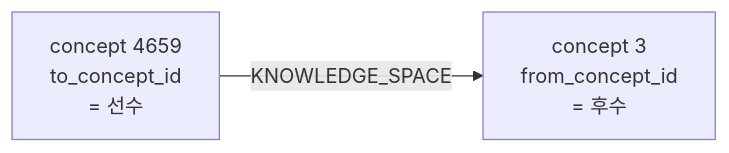
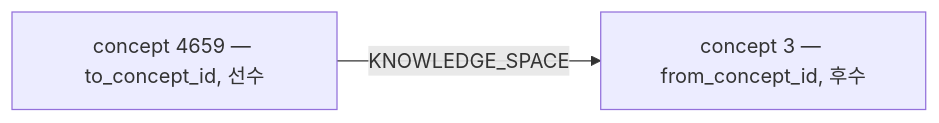
Before and after one commit to data-sy/my-math-teacher: the diagram in docs/specs/m2/spec-01-cte-repository-and-indexes.md, drawn with Mermaid. The commit also changed 1 other file, not shown here.

Commit message:
docs: fix mermaid rendering in m2 docs (github compatibility)
GitHub mermaid 렌더러가 "Could not find a suitable point for the given
distance" 에러로 다이어그램을 그리지 못하던 두 위치 정리.

(1) 마이그레이션 보고서 (docs/reports/m2-cte-migration.md):
- v1/v2 구조를 단일 flowchart + subgraph 두 개 → 두 개의 독립 flowchart
  블록으로 분리. subgraph 간 화살표(V1 ==> V2) 가 dagre 레이아웃 실패의
  주 원인으로 의심됐음.
- 노드 라벨에서 <br/> 제거 — 텍스트 폭 계산 오류 회피, 쉼표·공백으로
  한 줄 라벨화.
- 성능 비교 xychart-beta → ASCII 막대 차트 (█/▏ 블록 문자). 렌더러
  의존성 0, GitHub 마크다운 환경에 안정적.

(2) spec-01 (docs/specs/m2/spec-01-cte-repository-and-indexes.md):
- KNOWLEDGE_SPACE 엣지 의미 trace 다이어그램에서 동일한 <br/> 패턴
  제거. 보고서와 같은 한 줄 라벨 컨벤션으로 정합.

````diff
--- a/docs/specs/m2/spec-01-cte-repository-and-indexes.md
+++ b/docs/specs/m2/spec-01-cte-repository-and-indexes.md
@@ -59,6 +59,6 @@
 ```mermaid
 graph LR
-    T[concept 4659<br/>to_concept_id<br/>= 선수]
-    F[concept 3<br/>from_concept_id<br/>= 후수]
+    T[concept 4659 — to_concept_id, 선수]
+    F[concept 3 — from_concept_id, 후수]
     T -->|KNOWLEDGE_SPACE| F
 ```
````
